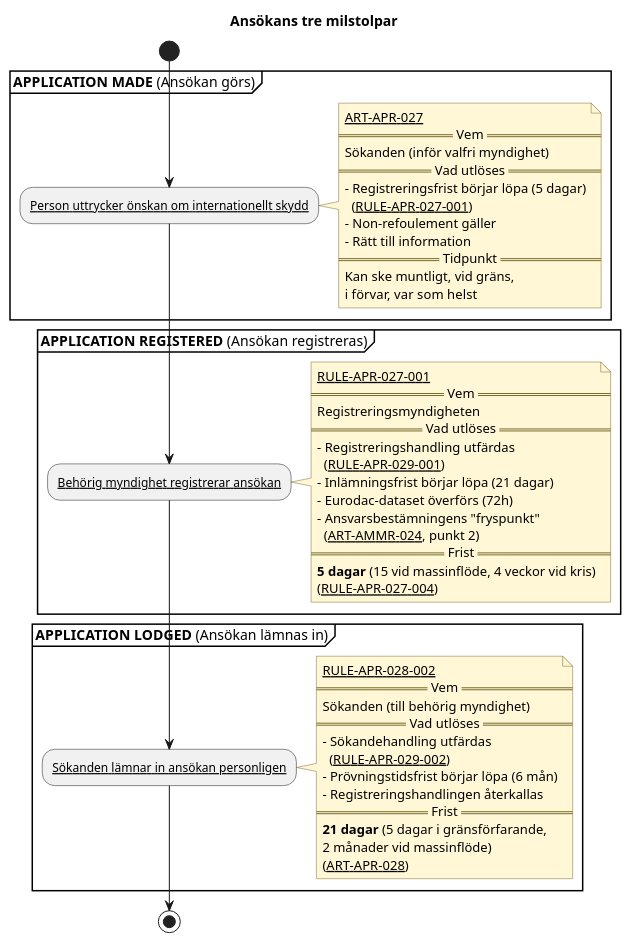
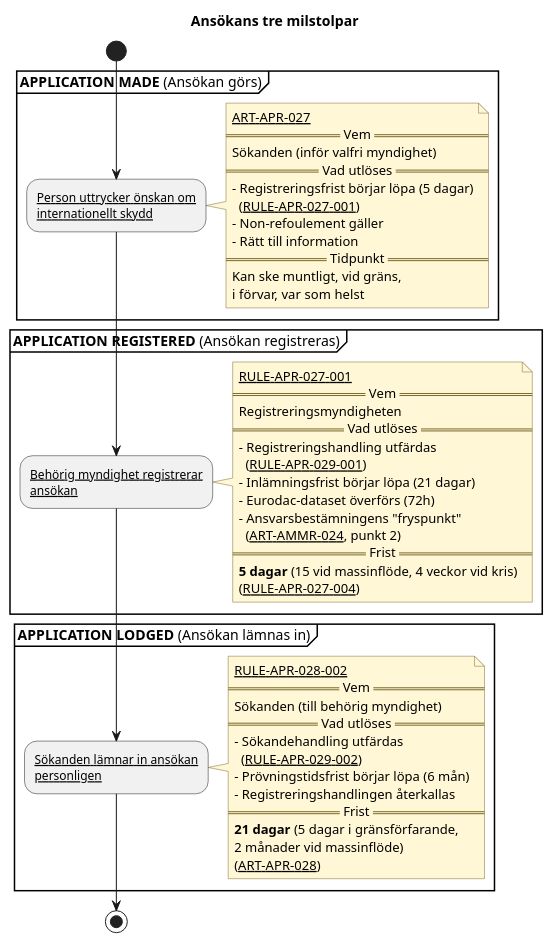
Before and after one commit to chrhe894/migration_pact: the diagram in docs/domains/registration/diagrams/made-vs-registered-vs-lodged.pu, drawn with PlantUML. The commit also changed 21 other files, not shown here.

Commit message:
Fixes long activities in pu-diagram.

```diff
--- a/docs/domains/registration/diagrams/made-vs-registered-vs-lodged.pu
+++ b/docs/domains/registration/diagrams/made-vs-registered-vs-lodged.pu
@@ -16,72 +16,72 @@
 @startuml made-vs-registered-vs-lodged
 
 title Ansökans tre milstolpar
 
 skinparam shadowing false
 skinparam HyperlinkColor Black
 skinparam HyperlinkUnderline true
 skinparam defaultFontName Arial
 skinparam note {
   BackgroundColor #FFF7D6
   BorderColor #7A6A2A
 }
 
 start
 
 partition "**APPLICATION MADE** (Ansökan görs)" {
-  :[[../articles/apr-027.md Person uttrycker önskan om internationellt skydd]];
+  :[[../articles/apr-027.md Person uttrycker önskan om\ninternationellt skydd]];
   note right
     [[../articles/apr-027.md ART-APR-027]]
     == Vem ==
     Sökanden (inför valfri myndighet)
     == Vad utlöses ==
     - Registreringsfrist börjar löpa (5 dagar)
       ([[../rules/rule-apr-027-001.md RULE-APR-027-001]])
     - Non-refoulement gäller
     - Rätt till information
     == Tidpunkt ==
     Kan ske muntligt, vid gräns,
     i förvar, var som helst
   end note
 }
 
 partition "**APPLICATION REGISTERED** (Ansökan registreras)" {
-  :[[../rules/rule-apr-027-001.md Behörig myndighet registrerar ansökan]];
+  :[[../rules/rule-apr-027-001.md Behörig myndighet registrerar\nansökan]];
   note right
     [[../rules/rule-apr-027-001.md RULE-APR-027-001]]
     == Vem ==
     Registreringsmyndigheten
     == Vad utlöses ==
     - Registreringshandling utfärdas
       ([[../rules/rule-apr-029-001.md RULE-APR-029-001]])
     - Inlämningsfrist börjar löpa (21 dagar)
     - Eurodac-dataset överförs (72h)
     - Ansvarsbestämningens "fryspunkt"
       ([[../../responsibility/articles/ammr-024.md ART-AMMR-024]], punkt 2)
     == Frist ==
     **5 dagar** (15 vid massinflöde, 4 veckor vid kris)
     ([[../rules/rule-apr-027-004.md RULE-APR-027-004]])
   end note
 }
 
 partition "**APPLICATION LODGED** (Ansökan lämnas in)" {
-  :[[../rules/rule-apr-028-002.md Sökanden lämnar in ansökan personligen]];
+  :[[../rules/rule-apr-028-002.md Sökanden lämnar in ansökan\npersonligen]];
   note right
     [[../rules/rule-apr-028-002.md RULE-APR-028-002]]
     == Vem ==
     Sökanden (till behörig myndighet)
     == Vad utlöses ==
     - Sökandehandling utfärdas
       ([[../rules/rule-apr-029-002.md RULE-APR-029-002]])
     - Prövningstidsfrist börjar löpa (6 mån)
     - Registreringshandlingen återkallas
     == Frist ==
     **21 dagar** (5 dagar i gränsförfarande,
     2 månader vid massinflöde)
     ([[../articles/apr-028.md ART-APR-028]])
   end note
 }
 
 stop
 
 @enduml
```
